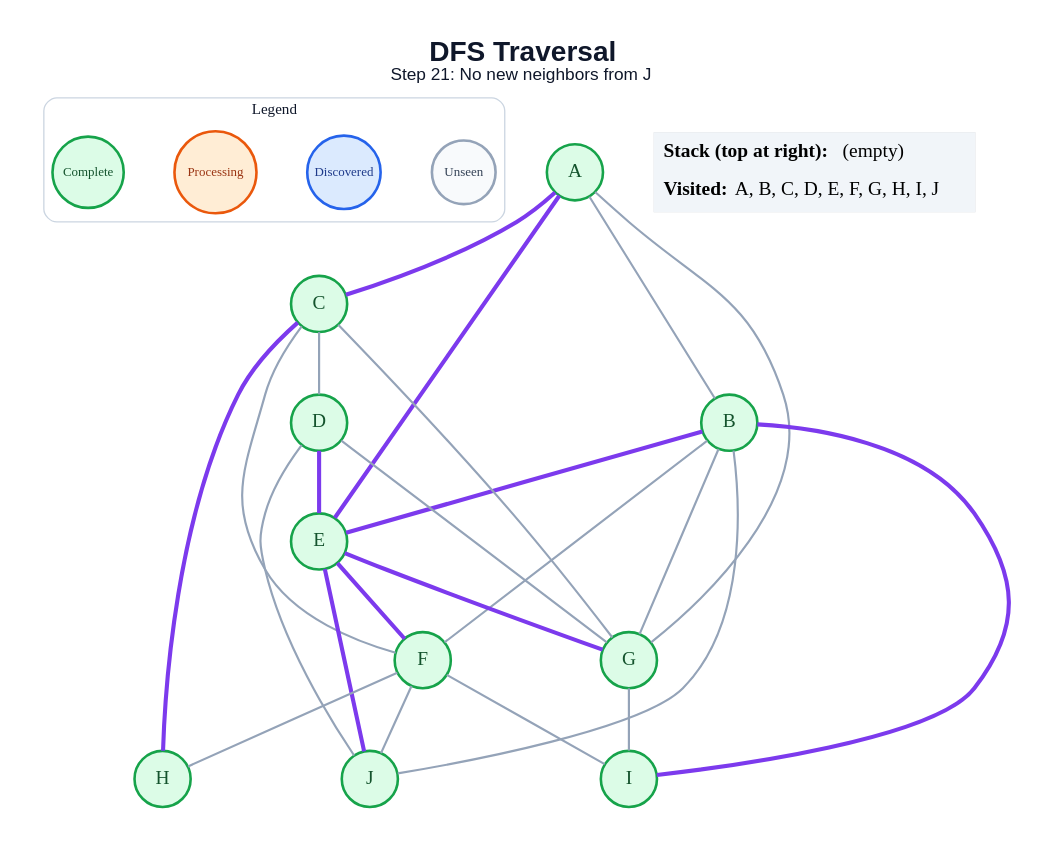
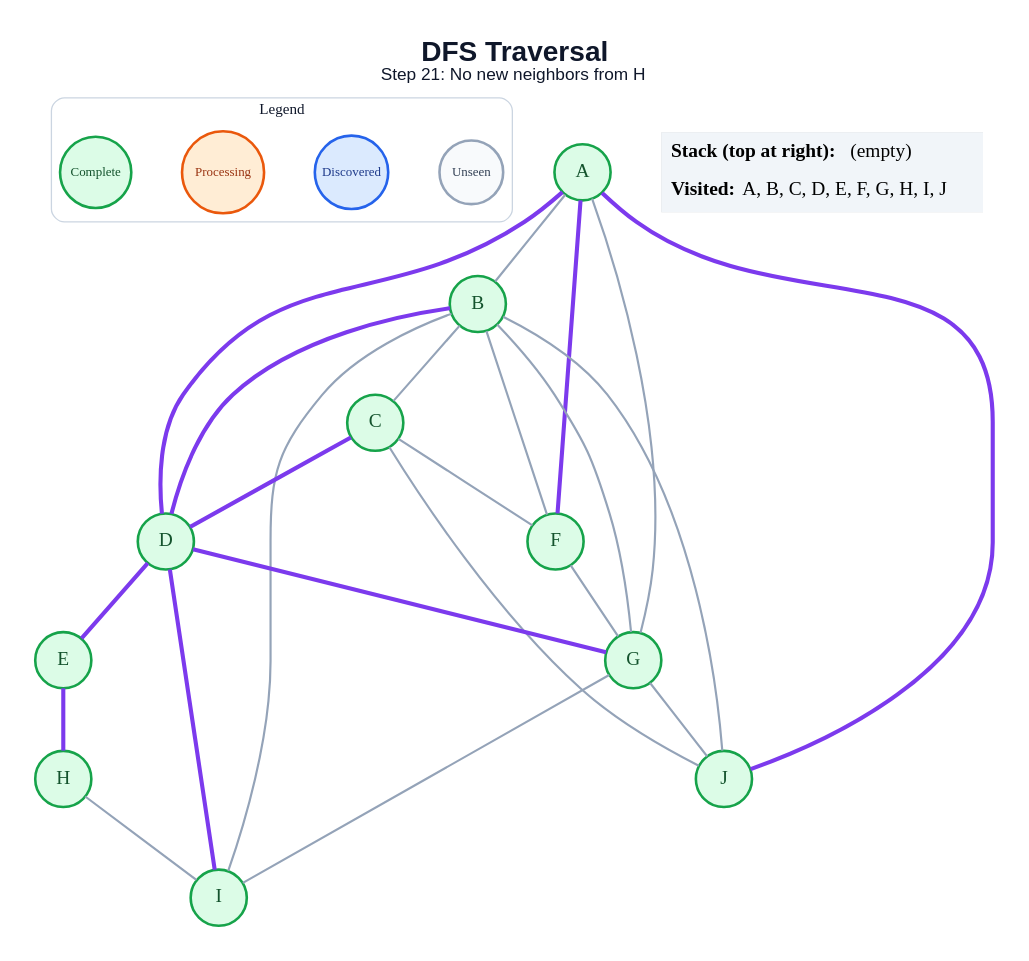
One commit to amanghodawala9/ai-slop changed the diagram in generated/specific-node/dfs/step_21.dot. Above: the diagram before and after it, drawn with Graphviz. The commit also changed 178 other files, not shown here.

```diff
--- a/generated/specific-node/dfs/step_21.dot
+++ b/generated/specific-node/dfs/step_21.dot
@@ -1,52 +1,51 @@
 graph traversal {
   graph [layout=dot, rankdir=TB, bgcolor="#FFFFFF", pad="0.35", nodesep="0.65", ranksep="0.8", fontname="Arial"];
   node [shape=circle, style="filled", fontname="Arial Bold", fontsize=18, width=0.72, fixedsize=true, penwidth=2.4];
   edge [color="#94A3B8", penwidth=2.0];
-  label=<<B>DFS Traversal</B><BR/><FONT POINT-SIZE="16">Step 21: No new neighbors from J</FONT>>; labelloc="t"; fontsize=26; fontname="Arial"; fontcolor="#0F172A";
+  label=<<B>DFS Traversal</B><BR/><FONT POINT-SIZE="16">Step 21: No new neighbors from H</FONT>>; labelloc="t"; fontsize=26; fontname="Arial"; fontcolor="#0F172A";
   subgraph cluster_legend { label="Legend"; color="#CBD5E1"; penwidth=1.2; style="rounded"; fontsize=14; fontname="Arial Bold";
     key_unseen [label="Unseen", fillcolor="#F8FAFC", color="#94A3B8", fontcolor="#334155", fontsize=12, width=0.82];
     key_frontier [label="Discovered", fillcolor="#DBEAFE", color="#2563EB", fontcolor="#1E3A8A", fontsize=12, width=0.95];
     key_current [label="Processing", fillcolor="#FFEDD5", color="#EA580C", fontcolor="#9A3412", fontsize=12, width=1.05];
     key_done [label="Complete", fillcolor="#DCFCE7", color="#16A34A", fontcolor="#14532D", fontsize=12, width=0.92];
     { rank=same; key_unseen; key_frontier; key_current; key_done; }
   }
   A [fillcolor="#DCFCE7", color="#16A34A", fontcolor="#14532D"];
   B [fillcolor="#DCFCE7", color="#16A34A", fontcolor="#14532D"];
   C [fillcolor="#DCFCE7", color="#16A34A", fontcolor="#14532D"];
   D [fillcolor="#DCFCE7", color="#16A34A", fontcolor="#14532D"];
   E [fillcolor="#DCFCE7", color="#16A34A", fontcolor="#14532D"];
   F [fillcolor="#DCFCE7", color="#16A34A", fontcolor="#14532D"];
   G [fillcolor="#DCFCE7", color="#16A34A", fontcolor="#14532D"];
   H [fillcolor="#DCFCE7", color="#16A34A", fontcolor="#14532D"];
   I [fillcolor="#DCFCE7", color="#16A34A", fontcolor="#14532D"];
   J [fillcolor="#DCFCE7", color="#16A34A", fontcolor="#14532D"];
   A -- B;
-  A -- C [color="#7C3AED", penwidth=3.8];
-  A -- E [color="#7C3AED", penwidth=3.8];
+  A -- D [color="#7C3AED", penwidth=3.8];
+  A -- F [color="#7C3AED", penwidth=3.8];
   A -- G;
-  B -- E [color="#7C3AED", penwidth=3.8];
+  A -- J [color="#7C3AED", penwidth=3.8];
+  B -- C;
+  B -- D [color="#7C3AED", penwidth=3.8];
   B -- F;
   B -- G;
-  B -- I [color="#7C3AED", penwidth=3.8];
+  B -- I;
   B -- J;
-  C -- D;
+  C -- D [color="#7C3AED", penwidth=3.8];
   C -- F;
-  C -- G;
-  C -- H [color="#7C3AED", penwidth=3.8];
+  C -- J;
   D -- E [color="#7C3AED", penwidth=3.8];
-  D -- G;
-  D -- J;
-  E -- F [color="#7C3AED", penwidth=3.8];
-  E -- G [color="#7C3AED", penwidth=3.8];
-  E -- J [color="#7C3AED", penwidth=3.8];
-  F -- H;
-  F -- I;
-  F -- J;
+  D -- G [color="#7C3AED", penwidth=3.8];
+  D -- I [color="#7C3AED", penwidth=3.8];
+  E -- H [color="#7C3AED", penwidth=3.8];
+  F -- G;
   G -- I;
+  G -- J;
+  H -- I;
   status [shape=plain, fixedsize=false, width=0, height=0, margin=0, label=<
     <TABLE BORDER="0" CELLBORDER="0" CELLPADDING="7" BGCOLOR="#F1F5F9">
       <TR><TD ALIGN="LEFT"><B>Stack (top at right):</B> (empty)</TD></TR>
       <TR><TD ALIGN="LEFT"><B>Visited:</B> A, B, C, D, E, F, G, H, I, J</TD></TR>
     </TABLE>
   >];
 }
```
